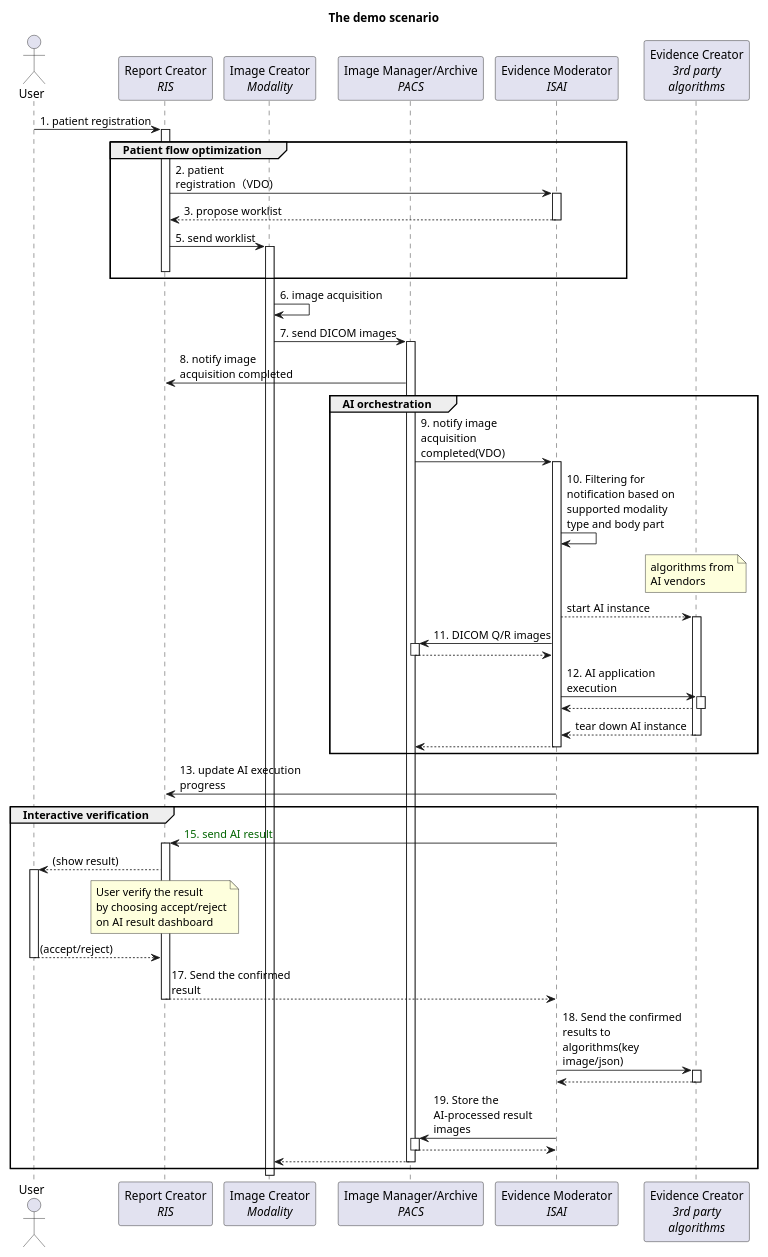
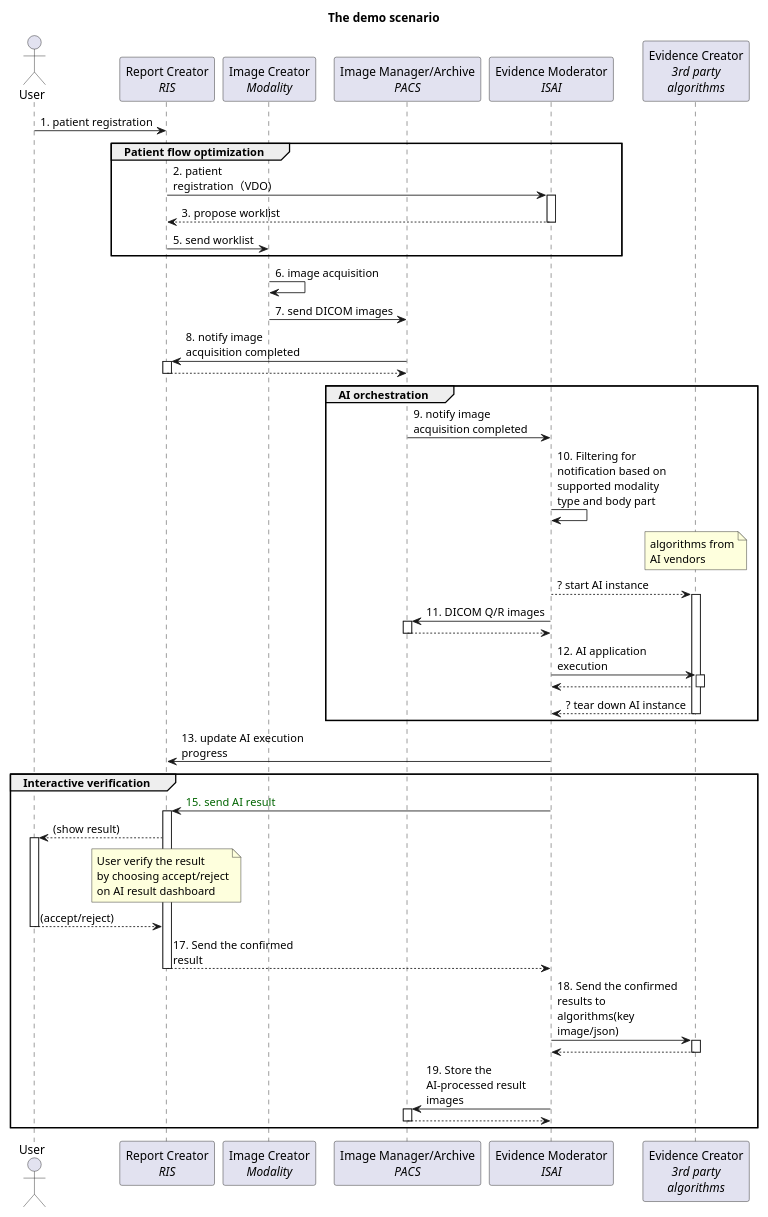
The diagram in input/images-source/uc4.plantuml (xmiao/AI.interoperability), drawn with PlantUML before and after one commit.

```diff
--- a/input/images-source/uc4.plantuml
+++ b/input/images-source/uc4.plantuml
@@ -1,73 +1,71 @@
 @startuml
 title "The demo scenario"
 skinparam maxMessageSize 150
 scale 800 width
 
 '/*
 '优先级和参与者有关。
 'Actors:
 '----------
 'Report Creator ?
 'Report Reader ?
 'Rendered Report Reader ?
 'Report Repository ?
 'Image Manager/Image Archive
 'Image Display
 'Image Display Invoker
 'Evidence Creator
 'Evidence Moderator ? <- ISAI
 '*/
 
 actor "User" as U
 participant "Report Creator\n//RIS//" as R
 participant "Image Creator\n//Modality//" as M
 participant "Image Manager/Archive\n//PACS//" as P
 participant "Evidence Moderator\n//ISAI//" as I
 participant "Evidence Creator\n//3rd party//\n//algorithms//" as S
 
-U -> R++: 1. patient registration
+U -> R: 1. patient registration
 group Patient flow optimization
 R -> I++: 2. patient registration（VDO)
 return 3. propose worklist
-R -> M++: 5. send worklist
-deactivate R
+R -> M: 5. send worklist
 end
 
 M -> M: 6. image acquisition
-M -> P++: 7. send DICOM images
-P -> R: 8. notify image acquisition completed
+M -> P: 7. send DICOM images
+P -> R++: 8. notify image acquisition completed
+return
 group AI orchestration
-P -> I++: 9. notify image acquisition completed(VDO)
+P -> I: 9. notify image acquisition completed
 
 I -> I: 10. Filtering for notification based on supported modality type and body part
 note over S
 algorithms from
 AI vendors
 end note
-I --> S++: start AI instance
+I --> S++: ? start AI instance
 I -> P++: 11. DICOM Q/R images
 return
 I -> S++: 12. AI application execution
 return
-return tear down AI instance
-return
+return ? tear down AI instance
 end
 I -> R: 13. update AI execution progress
 
 group Interactive verification
 I -> R++: <font color="darkgreen">15. send AI result
 R --> U++: (show result)
 note over R
 User verify the result
 by choosing accept/reject
 on AI result dashboard
 end note
 return (accept/reject)
 return 17. Send the confirmed result
 I -> S++: 18. Send the confirmed results to algorithms(key image/json)
 return
 I -> P++: 19. Store the AI-processed result images
 return
-return
 end
 @enduml
```
